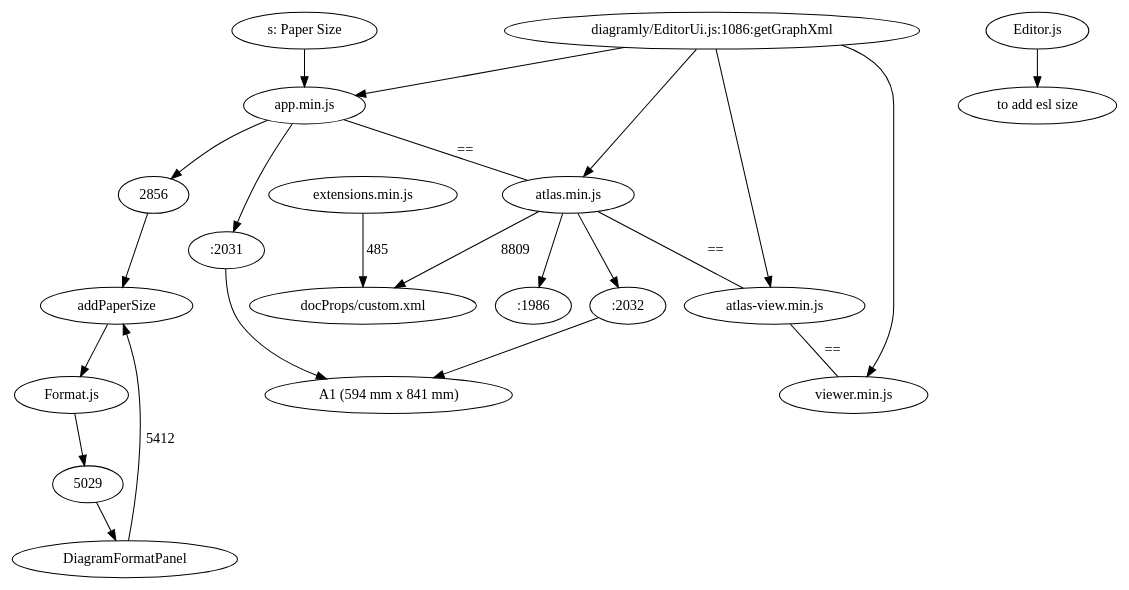
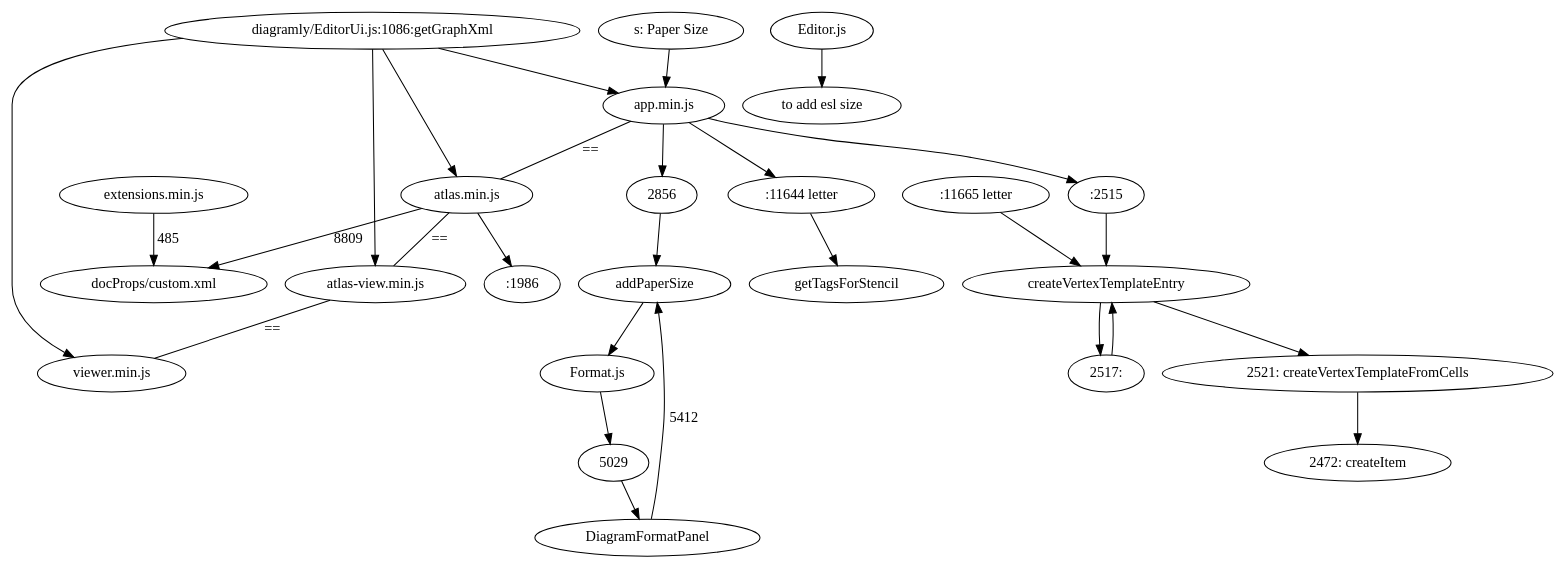
One commit to heraldia/drawio changed the diagram in relation.dot. Above: the diagram before and after it, drawn with Graphviz. The commit also changed 5 other files, not shown here.

Commit message:
app.min.js 11665 default letter size

```diff
--- a/relation.dot
+++ b/relation.dot
@@ -1,18 +1,25 @@
 digraph first2{
 "diagramly/EditorUi.js:1086:getGraphXml" -> "app.min.js";
 "diagramly/EditorUi.js:1086:getGraphXml" -> "atlas.min.js" -> ":1986";
-"app.min.js" -> ":2031" -> "A1 (594 mm x 841 mm)";
-"atlas.min.js" -> ":2032" -> "A1 (594 mm x 841 mm)";
+"app.min.js" -> ":11644 letter" -> "getTagsForStencil";
+":11665 letter" -> "createVertexTemplateEntry";
+"app.min.js" -> ":2515" -> "createVertexTemplateEntry" -> "2517:" -> "createVertexTemplateEntry" -> "2521: createVertexTemplateFromCells" -> "2472: createItem";
+//"app.min.js" -> ":2031" -> "A1 (594 mm x 841 mm)";
+//"atlas.min.js" -> ":2032" -> "A1 (594 mm x 841 mm)";
 "diagramly/EditorUi.js:1086:getGraphXml" -> "atlas-view.min.js";
 "diagramly/EditorUi.js:1086:getGraphXml" -> "viewer.min.js";
 
 "app.min.js" -> "atlas.min.js" -> "atlas-view.min.js" -> "viewer.min.js" [label
     = "==", arrowhead="none" ];
 
 "s: Paper Size" -> "app.min.js" -> "2856" -> "addPaperSize";
 "addPaperSize" -> "Format.js" -> "5029" -> "DiagramFormatPanel";
 "DiagramFormatPanel" -> "addPaperSize" [label= "5412" ];
 "atlas.min.js"  -> "docProps/custom.xml" [label = "8809" ];
 "extensions.min.js" -> "docProps/custom.xml" [label = "485"]; 
 "Editor.js" -> "to add esl size";
+
+
+
+
 }
```
